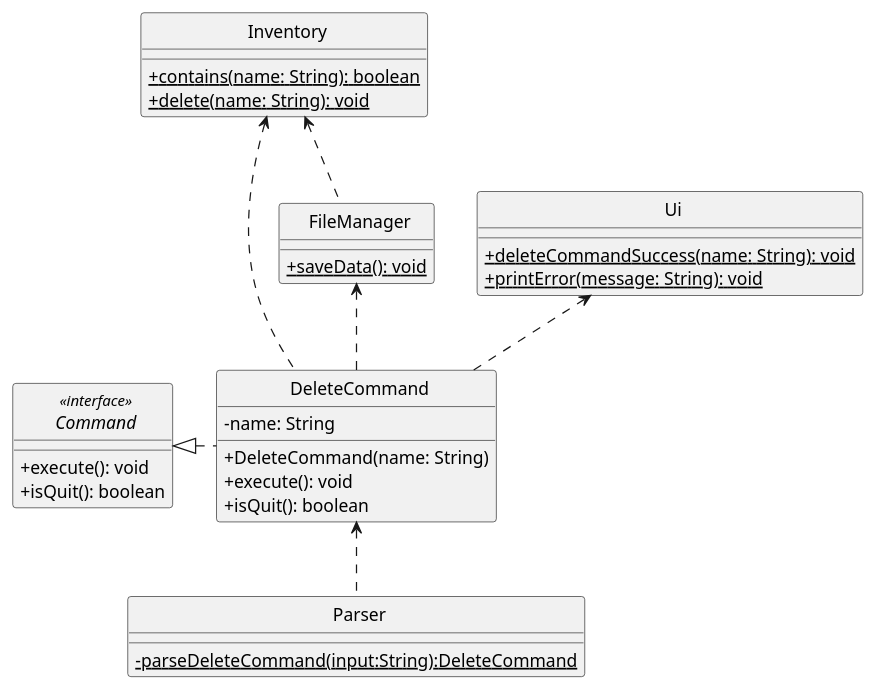
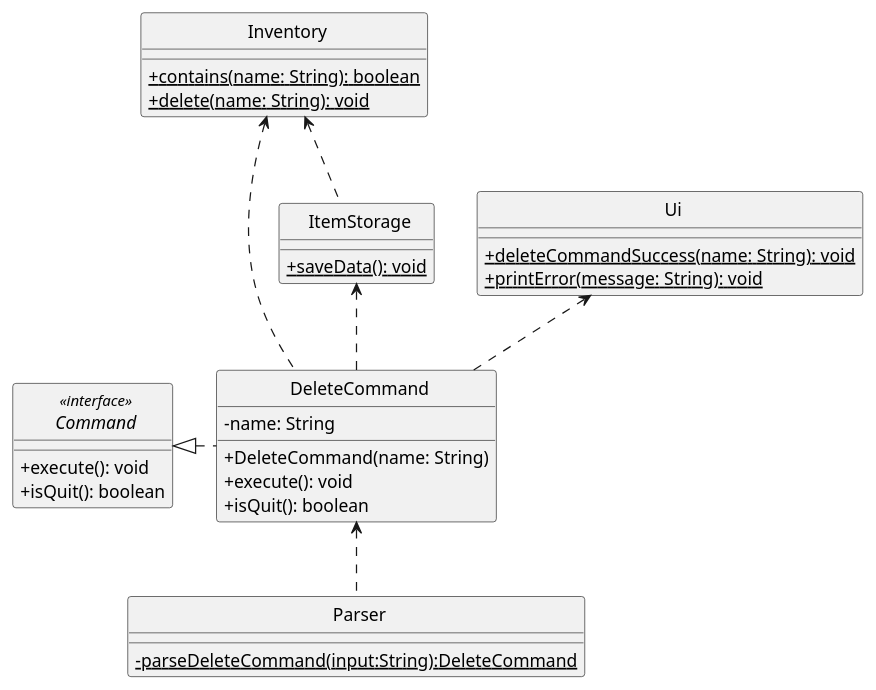
Before and after one commit to rismm/tp: the first of 2 diagrams in docs/uml-diagrams/DeleteCommand.puml, drawn with PlantUML. The commit also changed other lines of this file and 3 other files, not shown here.

Commit message:
Update DG and UML for Delete.

```diff
--- a/docs/uml-diagrams/DeleteCommand.puml
+++ b/docs/uml-diagrams/DeleteCommand.puml
@@ -1,50 +1,50 @@
 @startuml
 'https://plantuml.com/sequence-diagram
 skinparam classAttributeIconSize 0
 skinparam CircledCharacterFontSize 0
 skinparam CircledCharacterRadius 0
 
 abstract class Command
 class Inventory
-class FileManager
+class ItemStorage
 class Ui
 class Parser
 class DeleteCommand
 
 Command <|. DeleteCommand
 Inventory <.. DeleteCommand
-FileManager <.. DeleteCommand
-Inventory <.. FileManager
+ItemStorage <.. DeleteCommand
+Inventory <.. ItemStorage
 DeleteCommand <.. Parser
 Ui <.. DeleteCommand
 
 interface Command <<interface>> {
     + execute(): void
     + isQuit(): boolean
 }
 
 class DeleteCommand {
     - name: String
     + DeleteCommand(name: String)
     + execute(): void
     + isQuit(): boolean
 }
 
 class Inventory {
     {static} + contains(name: String): boolean
     {static} + delete(name: String): void
 }
 
-class FileManager {
+class ItemStorage {
     {static} + saveData(): void
 }
 
 class Ui {
     {static} + deleteCommandSuccess(name: String): void
     {static} + printError(message: String): void
 }
 
 class Parser {
     {static}-parseDeleteCommand(input:String):DeleteCommand
 }
 @enduml
```
